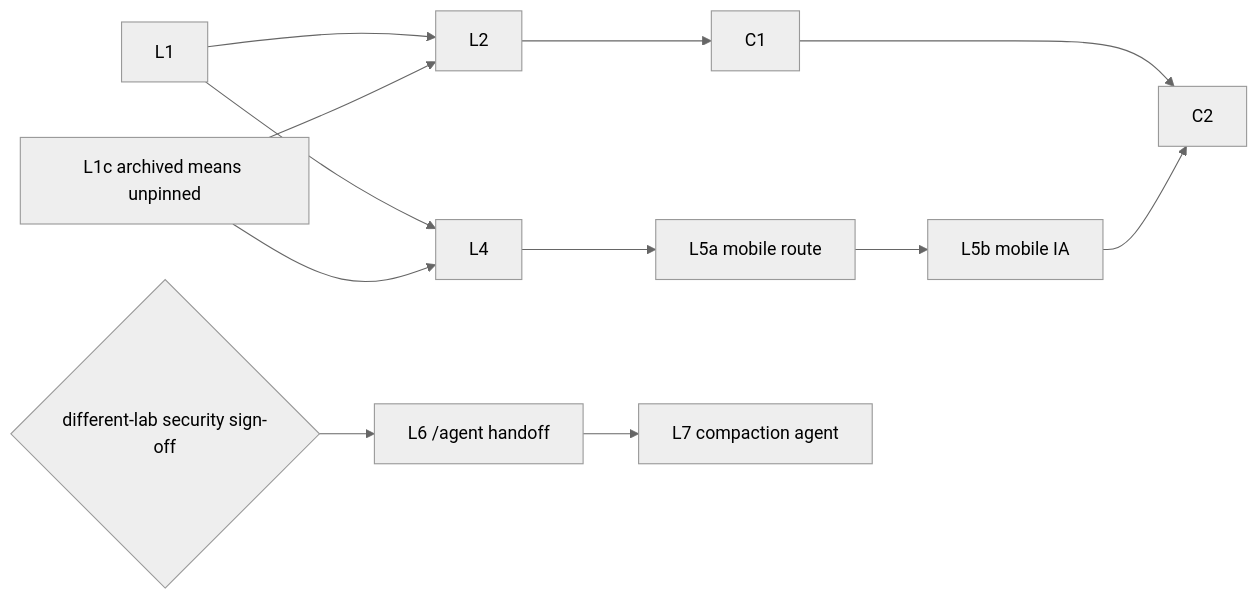
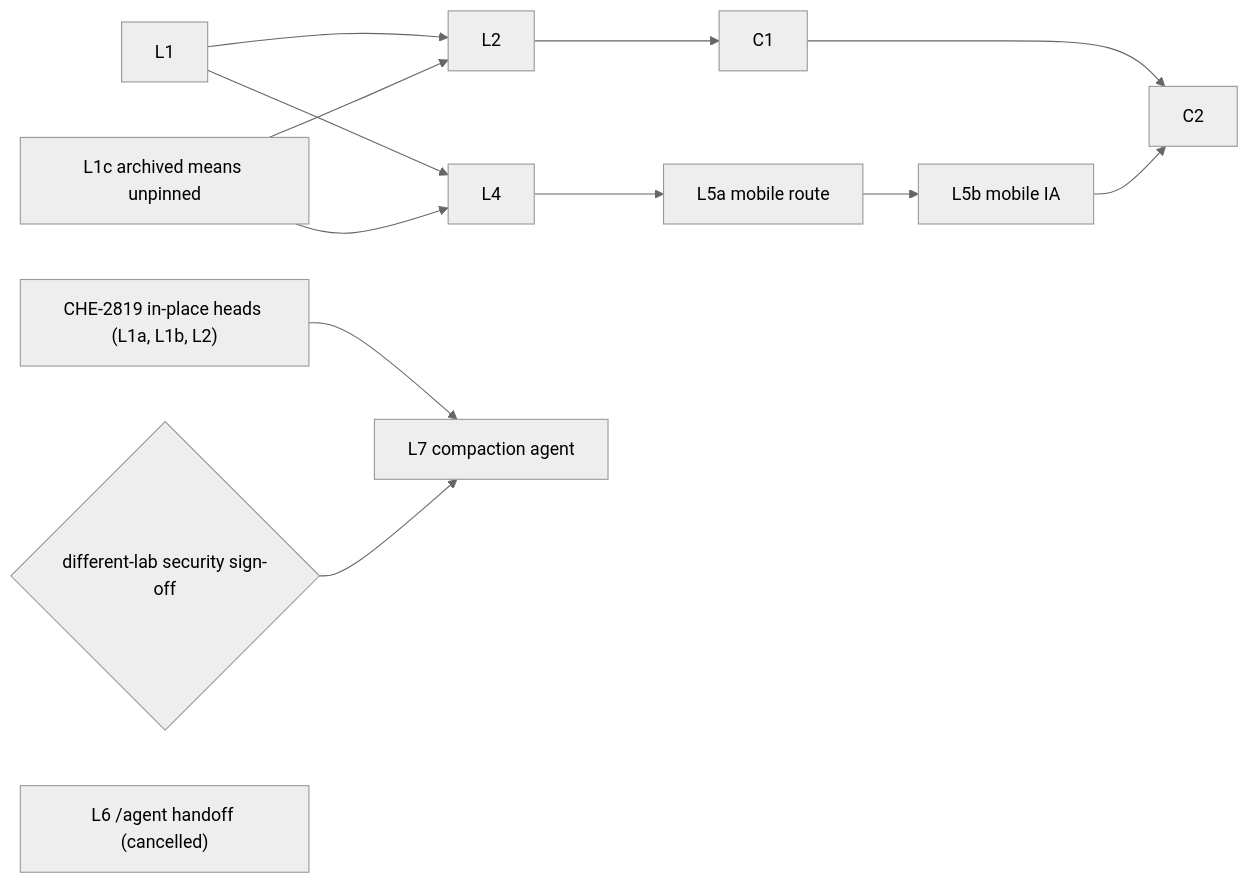
The third of 3 diagrams in docs/designs/dm-archive-statistics-backstack.md (cheese-work/multica), drawn with Mermaid (neutral theme) before and after one commit. The commit also changed other lines of this file, not shown here.

First line of the commit message:
docs(chat): revise L7 compaction agent design for in-place /compact

````diff
--- a/docs/designs/dm-archive-statistics-backstack.md
+++ b/docs/designs/dm-archive-statistics-backstack.md
@@ -169,14 +301,15 @@
 ```mermaid
 flowchart LR
   L1 --> L2
   L1 --> L4
   L4 --> L5a["L5a mobile route"]
   L5a --> L5b["L5b mobile IA"]
   L2 --> C1
   C1 --> C2
   L5b --> C2
   L1c["L1c archived means unpinned"] --> L2
   L1c --> L4
-  SEC{"different-lab security sign-off"} --> L6["L6 /agent handoff"]
-  L6 --> L7["L7 compaction agent"]
+  CHE2819["CHE-2819 in-place heads (L1a, L1b, L2)"] --> L7["L7 compaction agent"]
+  SEC{"different-lab security sign-off"} --> L7
+  L6["L6 /agent handoff (cancelled)"]
 ```
````
